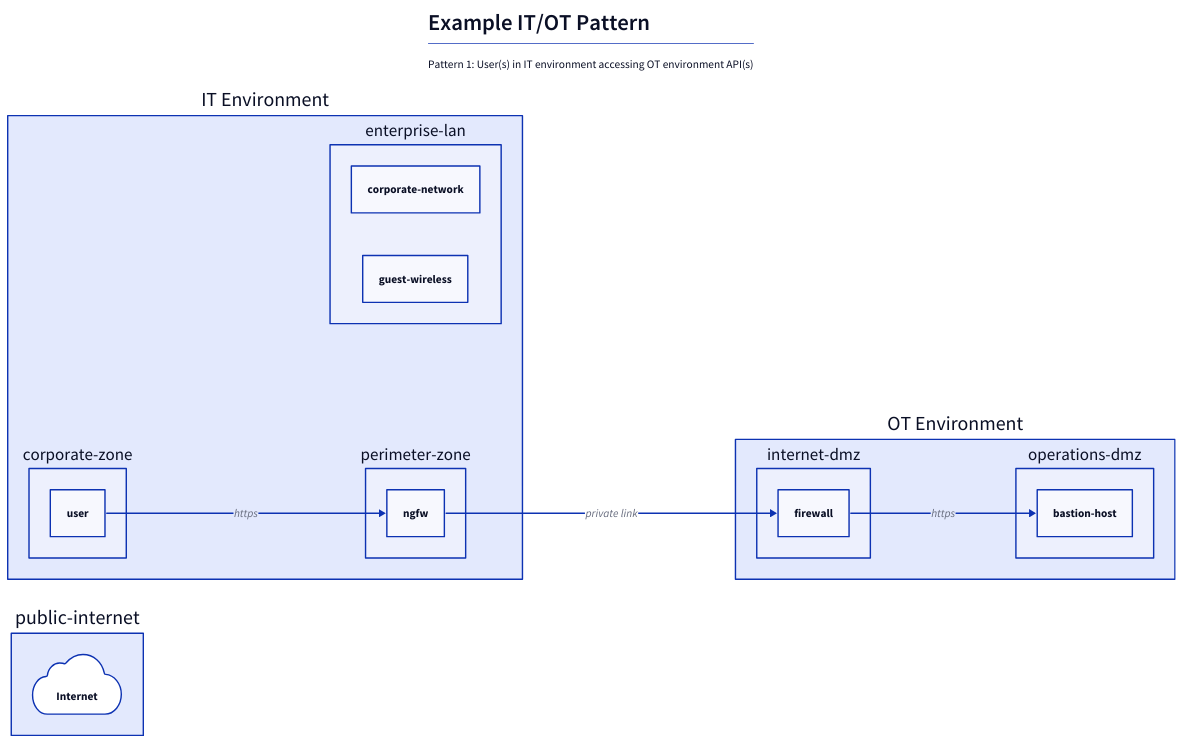
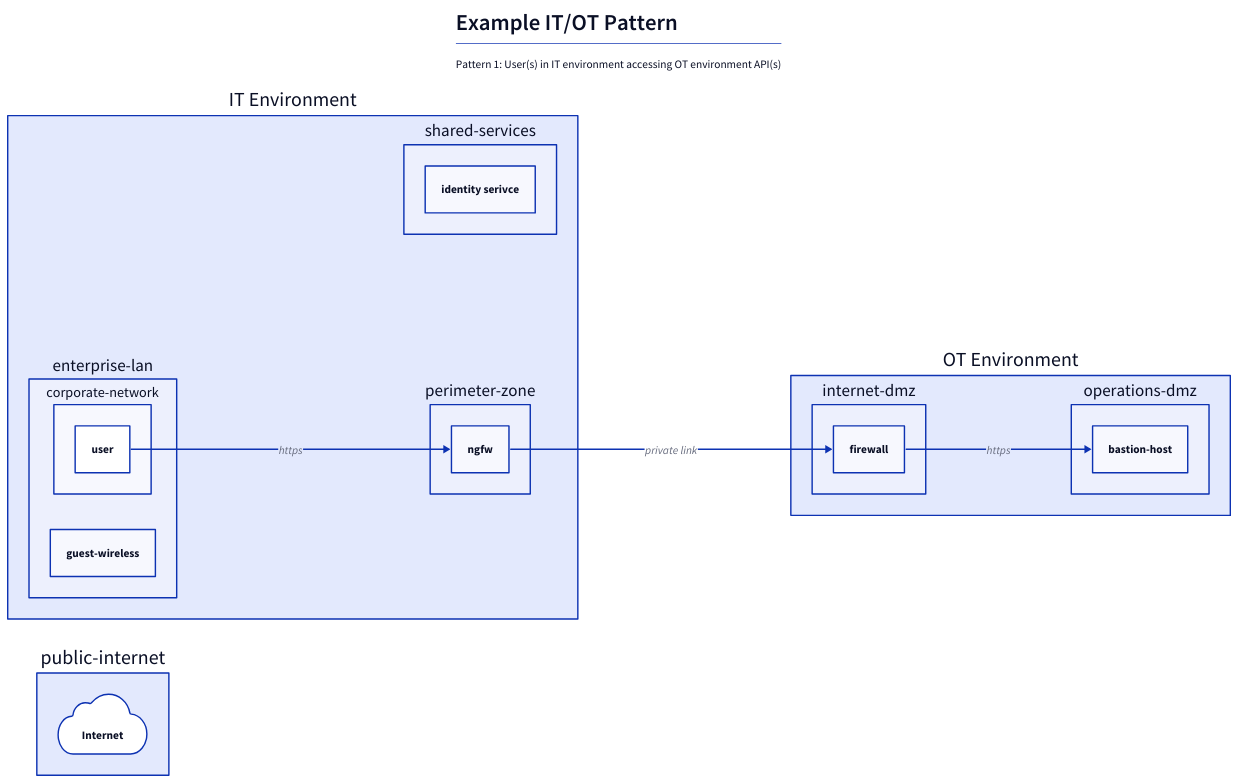
Before and after one commit to jalacloud/architecture-as-code: the diagram in D2/it-ot-example-diagram.d2, drawn with D2.

```diff
--- a/D2/it-ot-example-diagram.d2
+++ b/D2/it-ot-example-diagram.d2
@@ -1,42 +1,42 @@
 #test architecture diagram using d2 programming language
 # https://play.d2lang.com/
 
 title: |md
   # Example IT/OT Pattern
   Pattern 1: User(s) in IT environment accessing OT environment API(s)
 | { near: top-center }
 
 IT Environment: {
-    corporate-zone: {
-      user
+    shared-services: {
+      identity serivce
     }
     enterprise-lan: {
       corporate-network
       guest-wireless
     }
     perimeter-zone: {
       ngfw
     }
   }
 
 # flows
-IT Environment.corporate-zone.user -> IT Environment.perimeter-zone.ngfw: https
+IT Environment.enterprise-lan.corporate-network.user -> IT Environment.perimeter-zone.ngfw: https
 IT Environment.perimeter-zone.ngfw -> OT Environment.internet-dmz.firewall: private link
 
 OT Environment.internet-dmz.firewall -> OT Environment.operations-dmz.bastion-host: https
 
 public-internet: {
   cloud: Internet
   cloud.shape: cloud
 }
 
 OT Environment: {
     internet-dmz: {
       firewall
     }
     operations-dmz: {
       bastion-host
     }
   }
 
 direction: right
```
